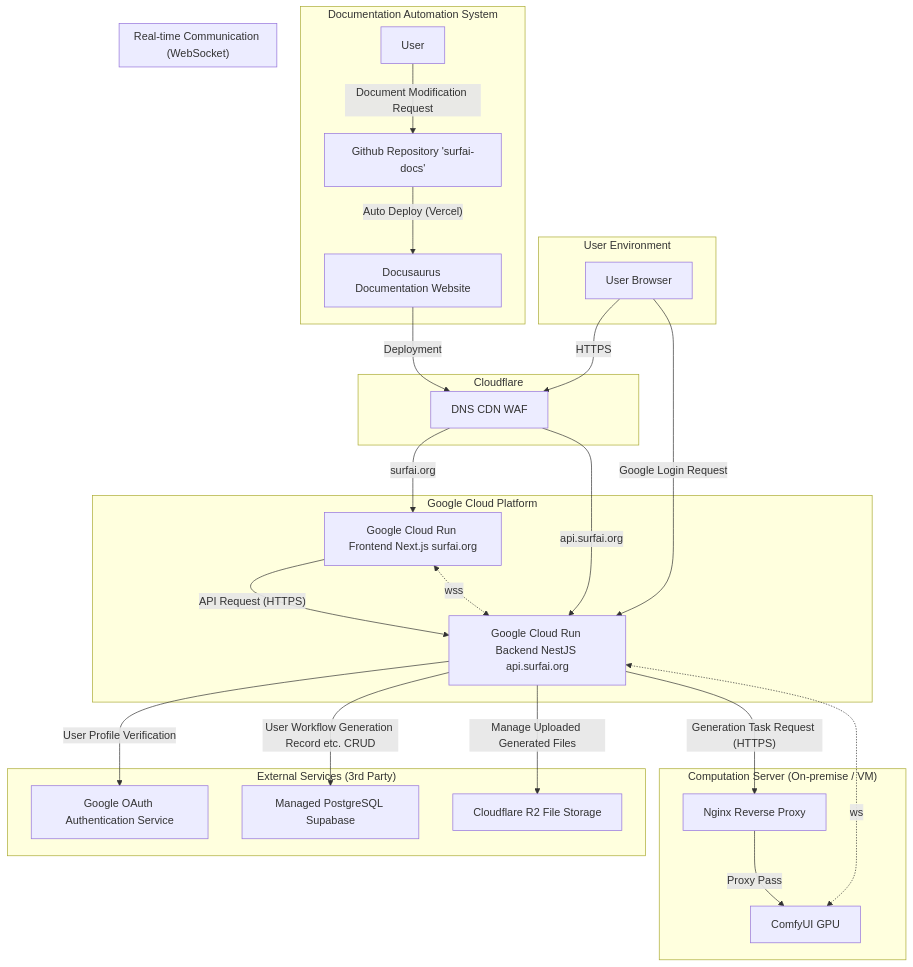
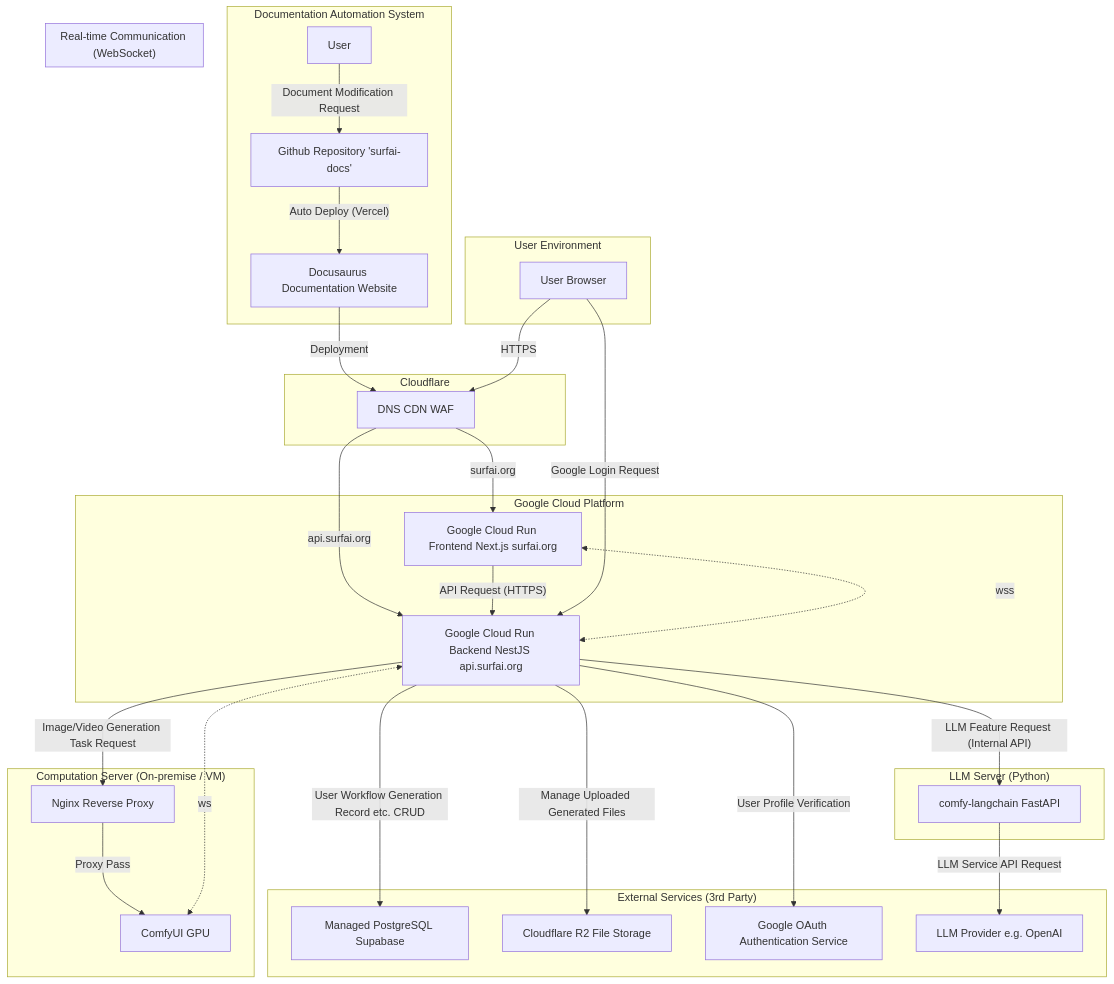
One commit to jaytsol/surfai-docs changed the diagram in website/i18n/en/docusaurus-plugin-content-docs/current/project-overview/architecture/ARCHITECTURE.md. Above: the diagram before and after it, drawn with Mermaid. The commit also changed other lines of this file and 5 other files, not shown here.

Commit message:
adding python server

````diff
--- a/website/i18n/en/docusaurus-plugin-content-docs/current/project-overview/architecture/ARCHITECTURE.md
+++ b/website/i18n/en/docusaurus-plugin-content-docs/current/project-overview/architecture/ARCHITECTURE.md
@@ -21,58 +21,65 @@
 ```mermaid
 graph TD
     subgraph "User Environment"
         A[User Browser]
     end
 
     subgraph "Cloudflare"
         B[DNS CDN WAF]
     end
 
     subgraph "Google Cloud Platform"
         C[Google Cloud Run Frontend Next.js surfai.org]
         D[Google Cloud Run Backend NestJS api.surfai.org]
     end
 
     subgraph "External Services (3rd Party)"
         E[Managed PostgreSQL Supabase]
         F[Cloudflare R2 File Storage]
         H[Google OAuth Authentication Service]
+        K[LLM Provider e.g. OpenAI]
     end
     
     subgraph "Computation Server (On-premise / VM)"
         G_Proxy[Nginx Reverse Proxy]
         G[ComfyUI GPU]
         G_Proxy -- Proxy Pass --> G
+    end
+
+    subgraph "LLM Server (Python)"
+        L[comfy-langchain FastAPI]
     end
 
     subgraph "Documentation Automation System"
         I[Docusaurus Documentation Website]
         J[Github Repository 'surfai-docs']
         I -- Deployment --> B
         User -- Document Modification Request --> J
         J -- Auto Deploy (Vercel) --> I
     end
 
     %% --- Data Flow Definition ---
 
     A -- HTTPS --> B;
     B -- surfai.org --> C;
     B -- api.surfai.org --> D;
     
     C -- API Request (HTTPS) --> D;
     
     %% Authentication Flow
     A -- Google Login Request --> D;
     D -- User Profile Verification --> H;
 
     %% Backend Logic
     D -- "User Workflow Generation Record etc. CRUD" --> E;
     D -- "Manage Uploaded Generated Files" --> F;
-    D -- Generation Task Request (HTTPS) --> G_Proxy;
+    D -- "Image/Video Generation Task Request" --> G_Proxy;
+    D -- "LLM Feature Request (Internal API)" --> L;
+    L -- "LLM Service API Request" --> K;
     
     %% Real-time Communication (WebSocket)
     subgraph "Real-time Communication (WebSocket)"
         C <-. wss .-> D
         D <-. ws .-> G
     end
 ```
````
